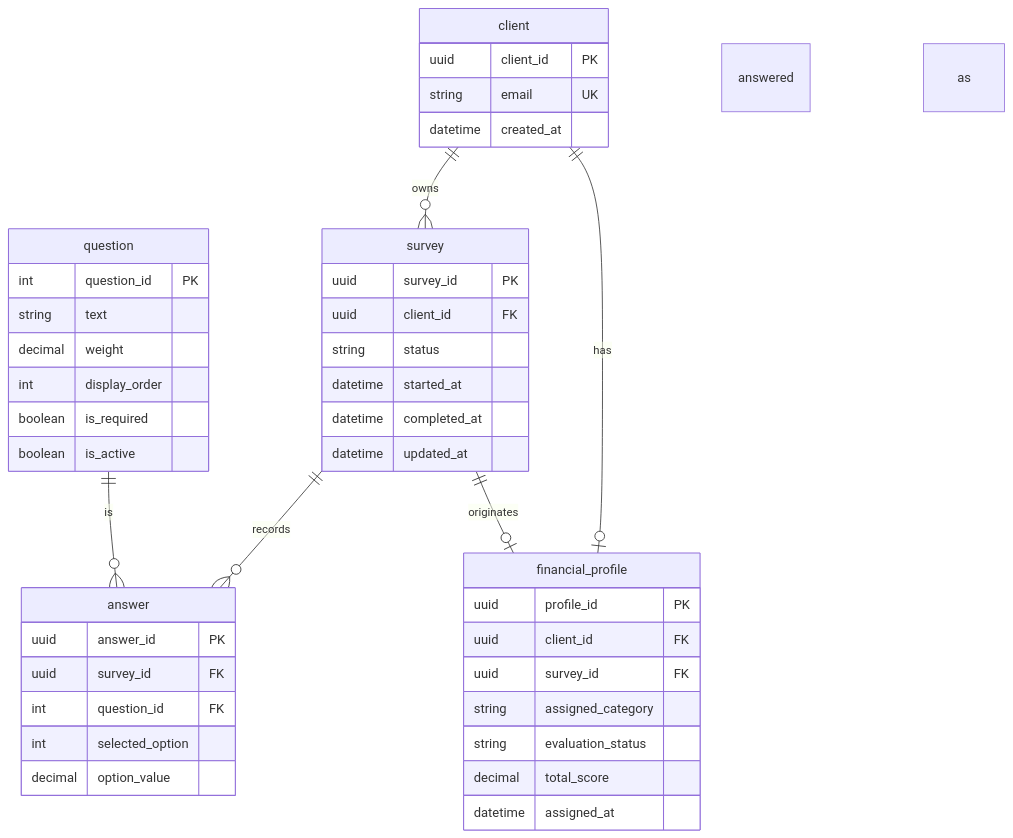
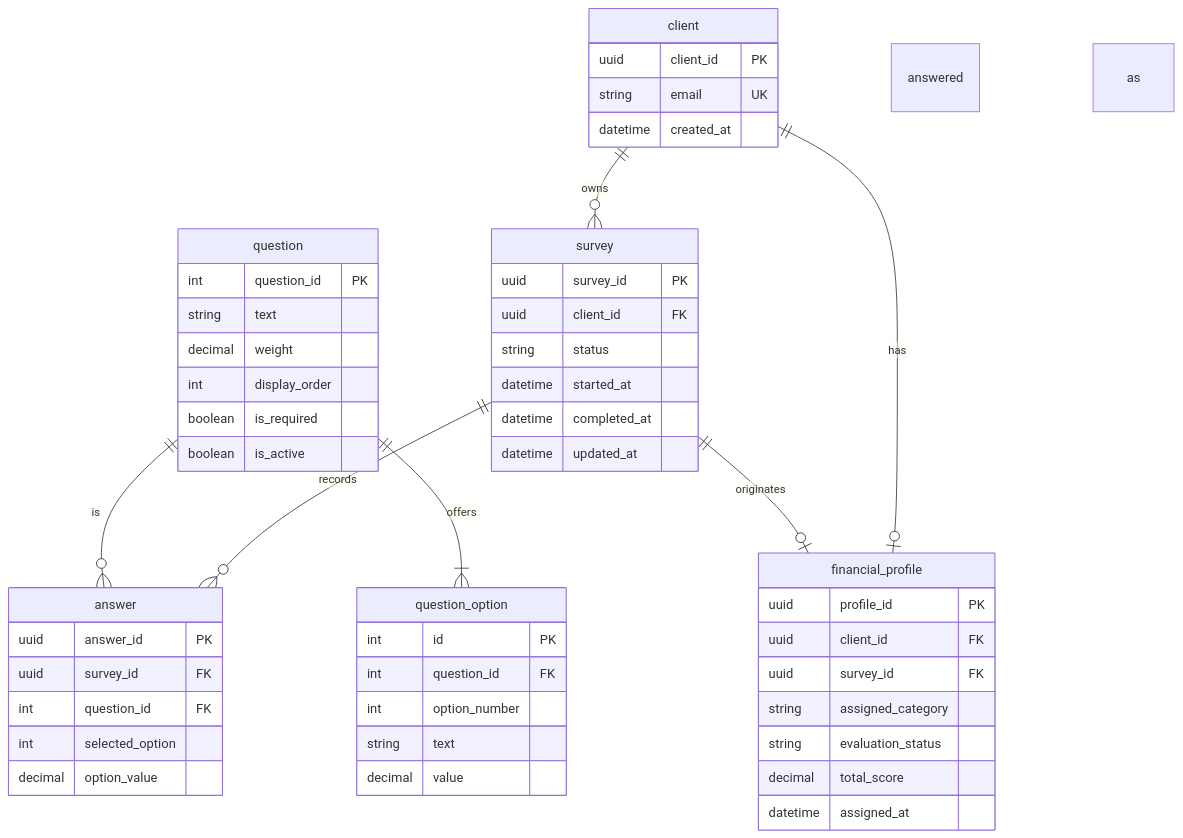
Before and after one commit to juacortesva/Grupo-5-Finanzas-Ingesoft_I_UN_2026-II: the fourth of 4 diagrams in docs/design/02_Interaction_and_Data_Design.md, drawn with Mermaid. The commit also changed other lines of this file and 14 other files, not shown here.

Commit message:
docs(phase-0): approve contracts CT-01..CT-12, add question_option, provisional auth and error schema

````diff
--- a/docs/design/02_Interaction_and_Data_Design.md
+++ b/docs/design/02_Interaction_and_Data_Design.md
@@ -269,46 +279,54 @@
 ```mermaid
 erDiagram
     client ||--o{ survey : owns
     client ||--o| financial_profile : has
     survey ||--o{ answer : records
+    question ||--|{ question_option : offers
     question ||--o{ answer : is answered as
     survey ||--o| financial_profile : originates
 
     client {
         uuid client_id PK
         string email UK
         datetime created_at
     }
     survey {
         uuid survey_id PK
         uuid client_id FK
         string status
         datetime started_at
         datetime completed_at
         datetime updated_at
     }
     question {
         int question_id PK
         string text
         decimal weight
         int display_order
         boolean is_required
         boolean is_active
     }
+    question_option {
+        int id PK
+        int question_id FK
+        int option_number
+        string text
+        decimal value
+    }
     answer {
         uuid answer_id PK
         uuid survey_id FK
         int question_id FK
         int selected_option
         decimal option_value
     }
     financial_profile {
         uuid profile_id PK
         uuid client_id FK
         uuid survey_id FK
         string assigned_category
         string evaluation_status
         decimal total_score
         datetime assigned_at
     }
 ```
````
